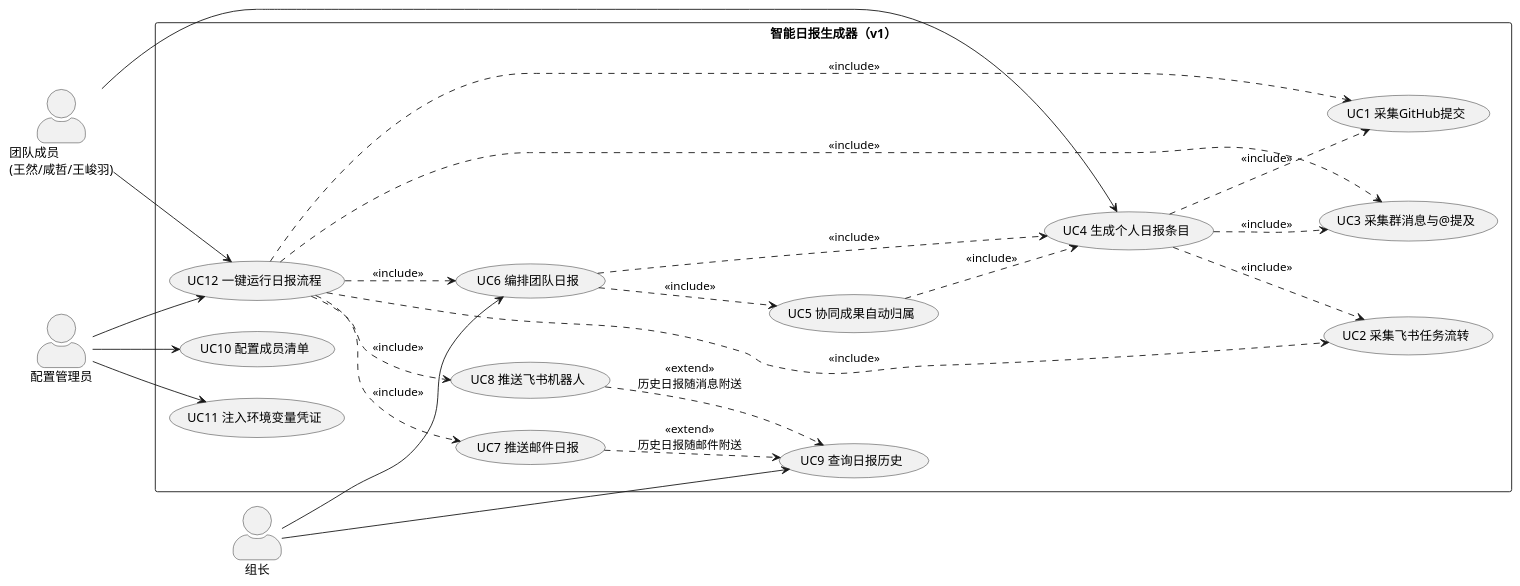
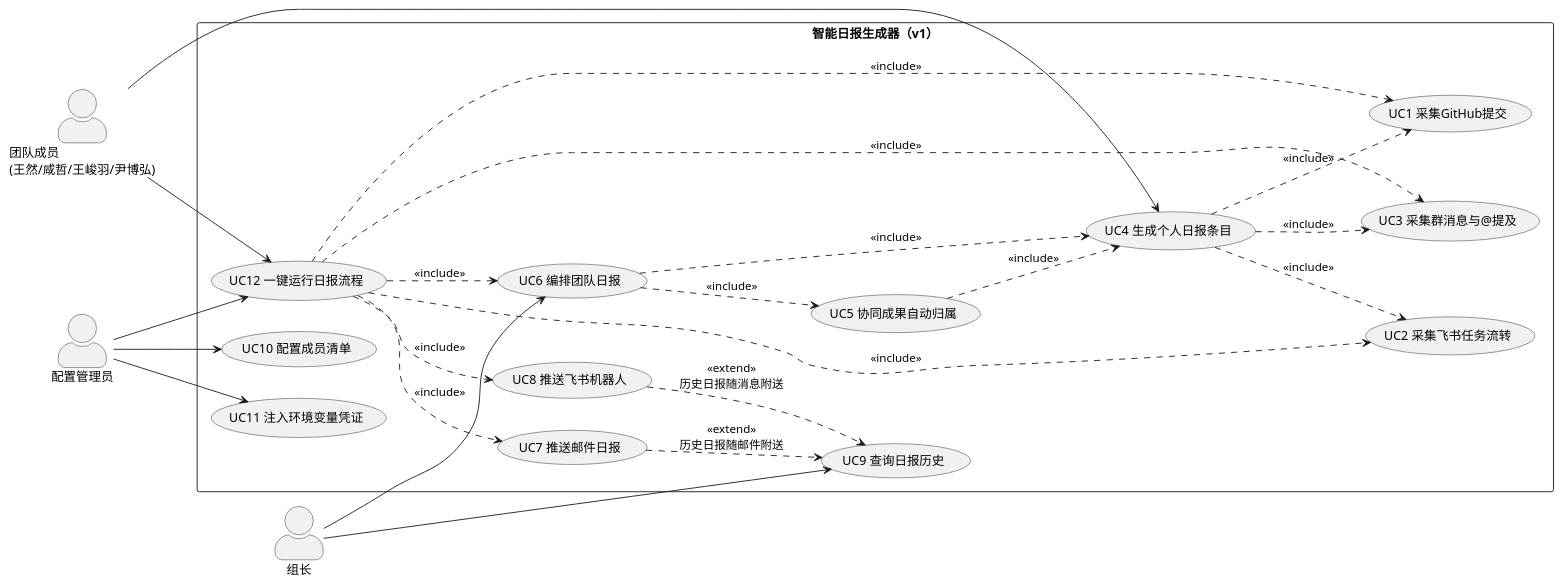
One commit to wr-20041110/smart-daily-report changed the diagram in specs/uml/usecase.puml. Above: the diagram before and after it, drawn with PlantUML. The commit also changed 20 other files, not shown here.

Commit message:
feat: UML 图本地渲染（plantuml.jar + 微软雅黑）并嵌入 Word 报告；用例图更新为 4 人；渲染脚本工具化

```diff
--- a/specs/uml/usecase.puml
+++ b/specs/uml/usecase.puml
@@ -1,53 +1,54 @@
 @startuml usecase
+skinparam defaultFontName \"Microsoft YaHei\"
 ' 智能日报生成器 用例图（阶段一 v1）
 left to right direction
 skinparam actorStyle awesome
 skinparam packageStyle rectangle
 
-actor "团队成员\n(王然/咸哲/王峻羽)" as Member
+actor "团队成员\n(王然/咸哲/王峻羽/尹博弘)" as Member
 actor "组长" as Leader
 actor "配置管理员" as Admin
 
 rectangle "智能日报生成器（v1）" {
   usecase "UC1 采集GitHub提交" as UC1
   usecase "UC2 采集飞书任务流转" as UC2
   usecase "UC3 采集群消息与@提及" as UC3
   usecase "UC4 生成个人日报条目" as UC4
   usecase "UC5 协同成果自动归属" as UC5
   usecase "UC6 编排团队日报" as UC6
   usecase "UC7 推送邮件日报" as UC7
   usecase "UC8 推送飞书机器人" as UC8
   usecase "UC9 查询日报历史" as UC9
   usecase "UC10 配置成员清单" as UC10
   usecase "UC11 注入环境变量凭证" as UC11
   usecase "UC12 一键运行日报流程" as UC12
 }
 
 ' 采集用例
 UC4 ..> UC1 : <<include>>
 UC4 ..> UC2 : <<include>>
 UC4 ..> UC3 : <<include>>
 UC5 ..> UC4 : <<include>>
 UC6 ..> UC5 : <<include>>
 UC6 ..> UC4 : <<include>>
 
 ' 主流程编排
 UC12 ..> UC1 : <<include>>
 UC12 ..> UC2 : <<include>>
 UC12 ..> UC3 : <<include>>
 UC12 ..> UC6 : <<include>>
 UC12 ..> UC7 : <<include>>
 UC12 ..> UC8 : <<include>>
 
 ' 扩展分支
 UC7 ..> UC9 : <<extend>>\n历史日报随邮件附送
 UC8 ..> UC9 : <<extend>>\n历史日报随消息附送
 
 Member --> UC4
 Member --> UC12
 Leader --> UC6
 Leader --> UC9
 Admin --> UC10
 Admin --> UC11
 Admin --> UC12
 @enduml
```
